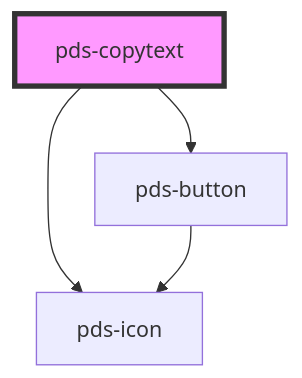
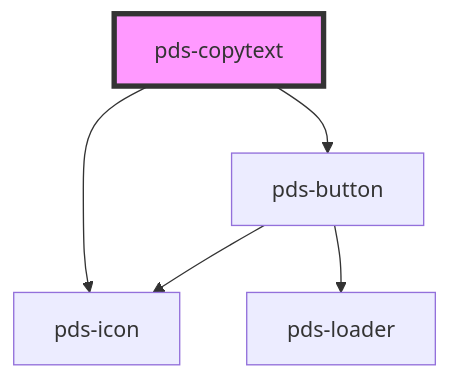
The diagram in libs/core/src/components/pds-copytext/readme.md (Kajabi/pine), drawn with Mermaid before and after one commit. The commit also changed 5 other files, not shown here.

````diff
--- a/libs/core/src/components/pds-copytext/readme.md
+++ b/libs/core/src/components/pds-copytext/readme.md
@@ -34,7 +34,8 @@
 ```mermaid
 graph TD;
   pds-copytext --> pds-button
   pds-copytext --> pds-icon
   pds-button --> pds-icon
+  pds-button --> pds-loader
   style pds-copytext fill:#f9f,stroke:#333,stroke-width:4px
 ```
````
